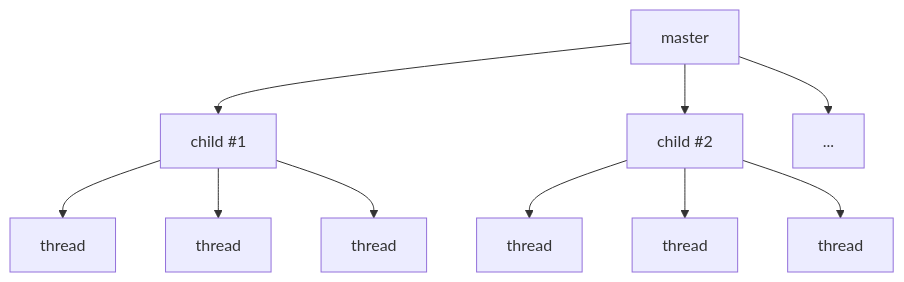
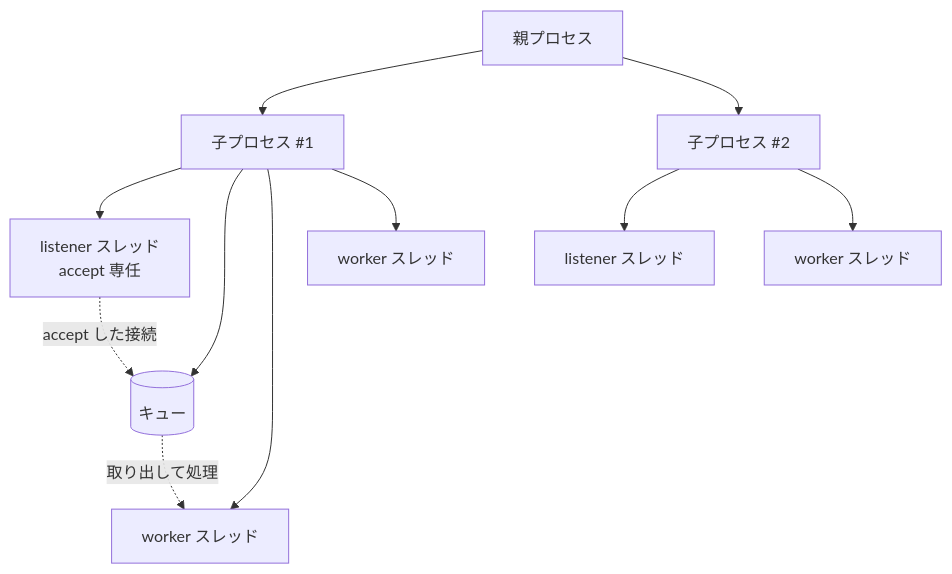
One commit to jjjsmz/blog changed the fourth of 7 diagrams in src/content/blog/2026/web-server-architecture.md. Above: the diagram before and after it, drawn with Mermaid. The commit also changed other lines of this file, not shown here.

````diff
--- a/src/content/blog/2026/web-server-architecture.md
+++ b/src/content/blog/2026/web-server-architecture.md
@@ -894,12 +916,13 @@
 ```mermaid worker MPM
 graph TB
-  M["master"] --> P1["child #1"]
-  M --> P2["child #2"]
-  M --> Pn["..."]
-  P1 --> T11["thread"]
-  P1 --> T12["thread"]
-  P1 --> T13["thread"]
-  P2 --> T21["thread"]
-  P2 --> T22["thread"]
-  P2 --> T23["thread"]
+  M["親プロセス"] --> P1["子プロセス #1"]
+  M --> P2["子プロセス #2"]
+  P1 --> L1["listener スレッド<br/>accept 専任"]
+  P1 --> Q1[("キュー")]
+  P1 --> T11["worker スレッド"]
+  P1 --> T12["worker スレッド"]
+  L1 -. "accept した接続" .-> Q1
+  Q1 -. "取り出して処理" .-> T11
+  P2 --> L2["listener スレッド"]
+  P2 --> T21["worker スレッド"]
 ```
````
